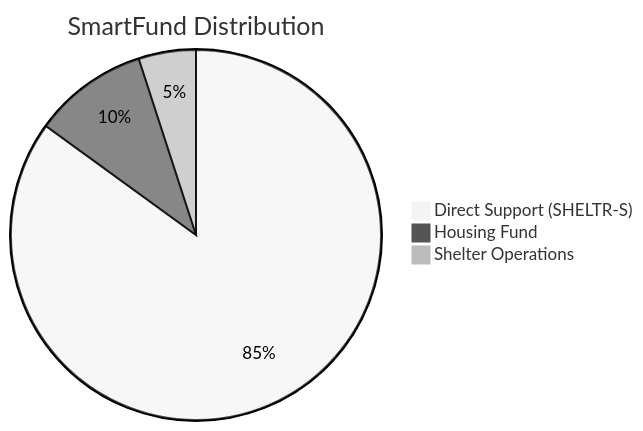
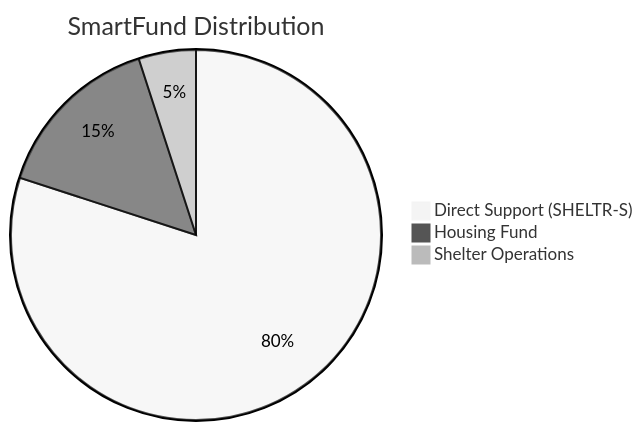
One commit to mrj0nesmtl/sheltr-ai changed the first of 2 diagrams in docs/02-architecture/tokenomics/sheltr-tokenomics.md. Above: the diagram before and after it, drawn with Mermaid (neutral theme). The commit also changed other lines of this file and 25 other files, not shown here.

````diff
--- a/docs/02-architecture/tokenomics/sheltr-tokenomics.md
+++ b/docs/02-architecture/tokenomics/sheltr-tokenomics.md
@@ -63,6 +65,6 @@
 ```mermaid
 pie title SmartFund Distribution
-    "Direct Support (SHELTR-S)" : 85
-    "Housing Fund" : 10
+    "Direct Support (SHELTR-S)" : 80
+    "Housing Fund" : 15
     "Shelter Operations" : 5
 ```
````
